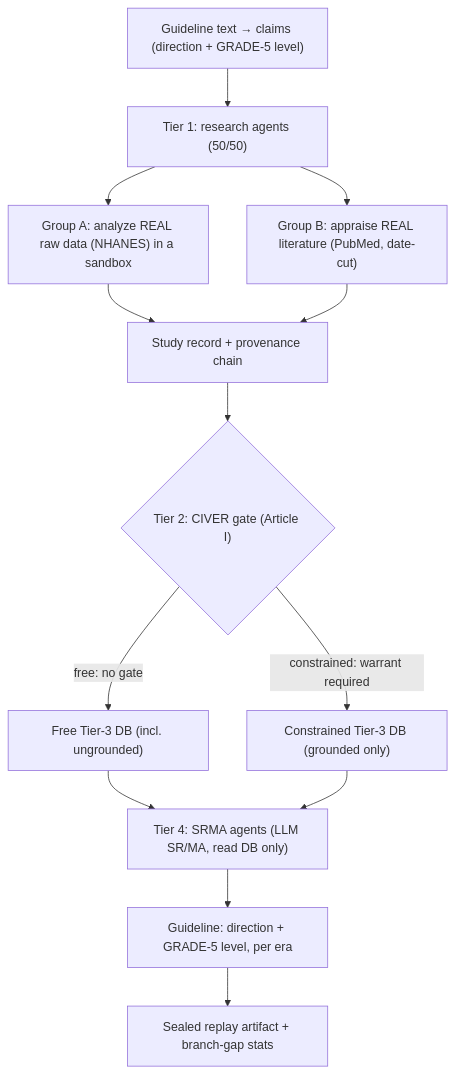
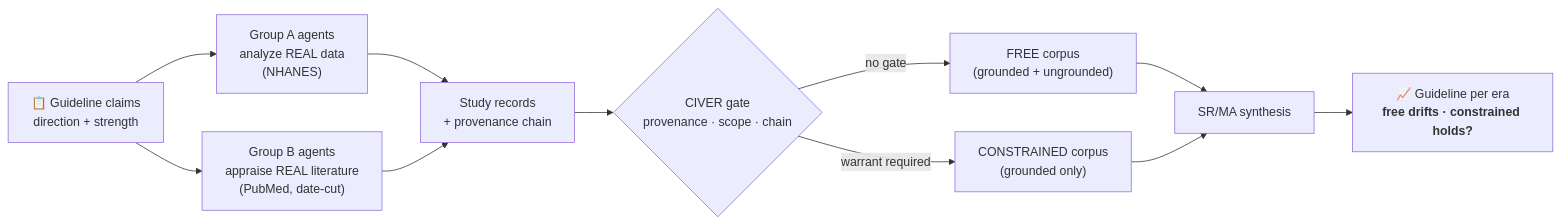
Before and after one commit to tuyentran-md/medevo: the diagram in README.md, drawn with Mermaid. The commit also changed other lines of this file, not shown here.

````diff
--- a/README.md
+++ b/README.md
@@ -42,15 +33,13 @@
 ```mermaid
-flowchart TD
-    A["Guideline text → claims (direction + GRADE-5 level)"] --> C
-    C["Tier 1: research agents (50/50)"] --> CA["Group A: analyze REAL raw data (NHANES) in a sandbox"]
-    C --> CB["Group B: appraise REAL literature (PubMed, date-cut)"]
-    CA --> D["Study record + provenance chain"]
-    CB --> D
-    D --> E{"Tier 2: CIVER gate (Article I)"}
-    E -->|"free: no gate"| F["Free Tier-3 DB (incl. ungrounded)"]
-    E -->|"constrained: warrant required"| G["Constrained Tier-3 DB (grounded only)"]
-    F --> H["Tier 4: SRMA agents (LLM SR/MA, read DB only)"]
-    G --> H
-    H --> I["Guideline: direction + GRADE-5 level, per era"]
-    I --> J["Sealed replay artifact + branch-gap stats"]
+flowchart LR
+    G["📋 Guideline claims<br/>direction + strength"] --> A1["Group A agents<br/>analyze REAL data<br/>(NHANES)"]
+    G --> A2["Group B agents<br/>appraise REAL literature<br/>(PubMed, date-cut)"]
+    A1 --> S["Study records<br/>+ provenance chain"]
+    A2 --> S
+    S --> GATE{"CIVER gate<br/>provenance · scope · chain"}
+    GATE -->|"no gate"| FREE["FREE corpus<br/>(grounded + ungrounded)"]
+    GATE -->|"warrant required"| CON["CONSTRAINED corpus<br/>(grounded only)"]
+    FREE --> SR["SR/MA synthesis"]
+    CON --> SR
+    SR --> OUT["📈 Guideline per era<br/><b>free drifts · constrained holds?</b>"]
 ```
````
